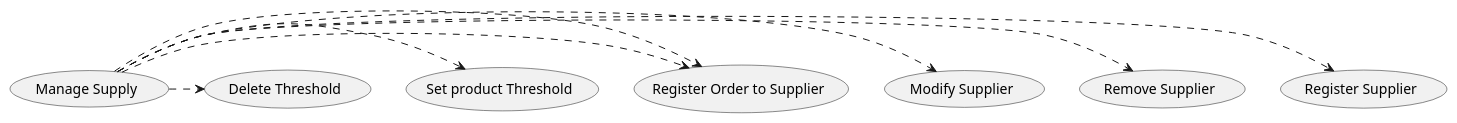
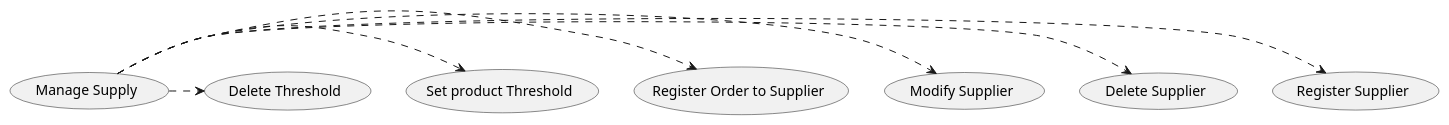
Before and after one commit to paolotron/EzshoProject31: the seventh of 8 diagrams in Deliverables/RequirementsDocument.md, drawn with PlantUML. The commit also changed other lines of this file, not shown here.

Commit message:
Corrected Use cases diagrams

````diff
--- a/Deliverables/RequirementsDocument.md
+++ b/Deliverables/RequirementsDocument.md
@@ -264,11 +260,10 @@
 ```plantuml
 @startuml
 (Manage Supply) .> (Register Supplier)
-(Manage Supply) .> (Remove Supplier)
+(Manage Supply) .> (Delete Supplier)
 (Manage Supply) .> (Modify Supplier)
-(Manage Supply) .> (Register Order to Supplier)
 (Manage Supply) .> (Register Order to Supplier)
 (Manage Supply) .> (Set product Threshold)
 (Manage Supply) .> (Delete Threshold)
 @enduml
 ```
````
